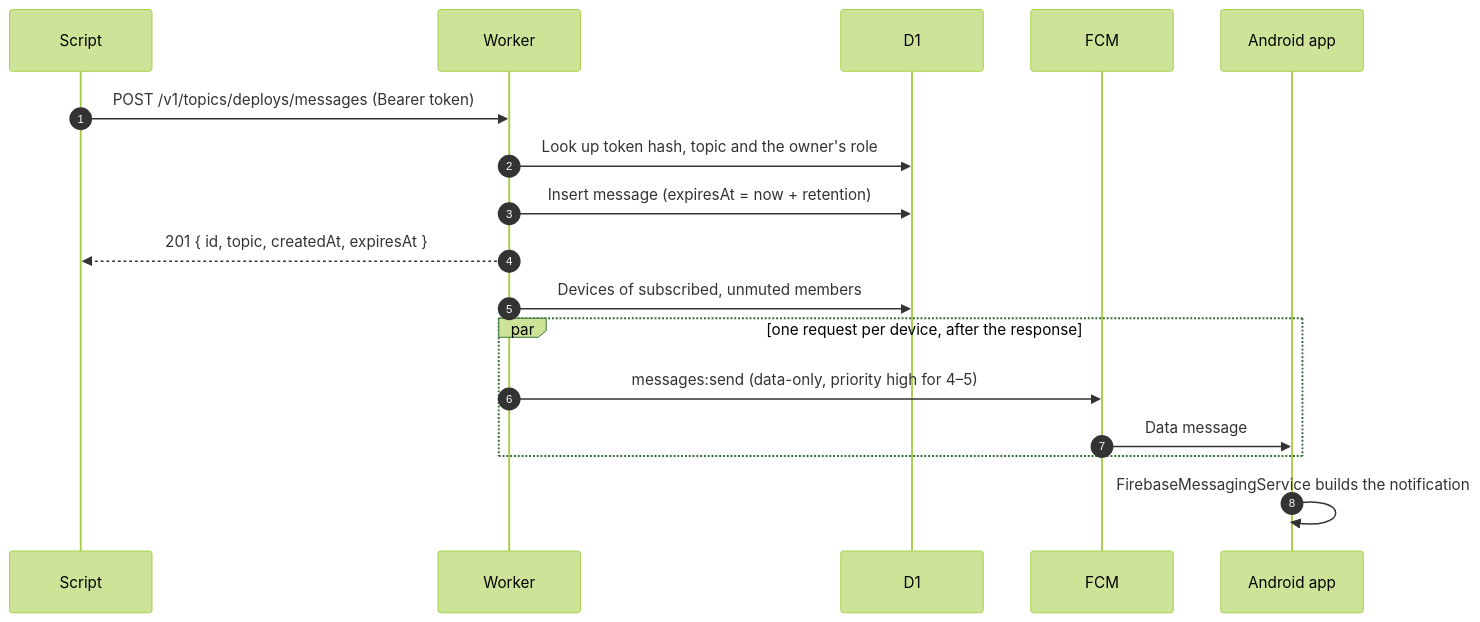
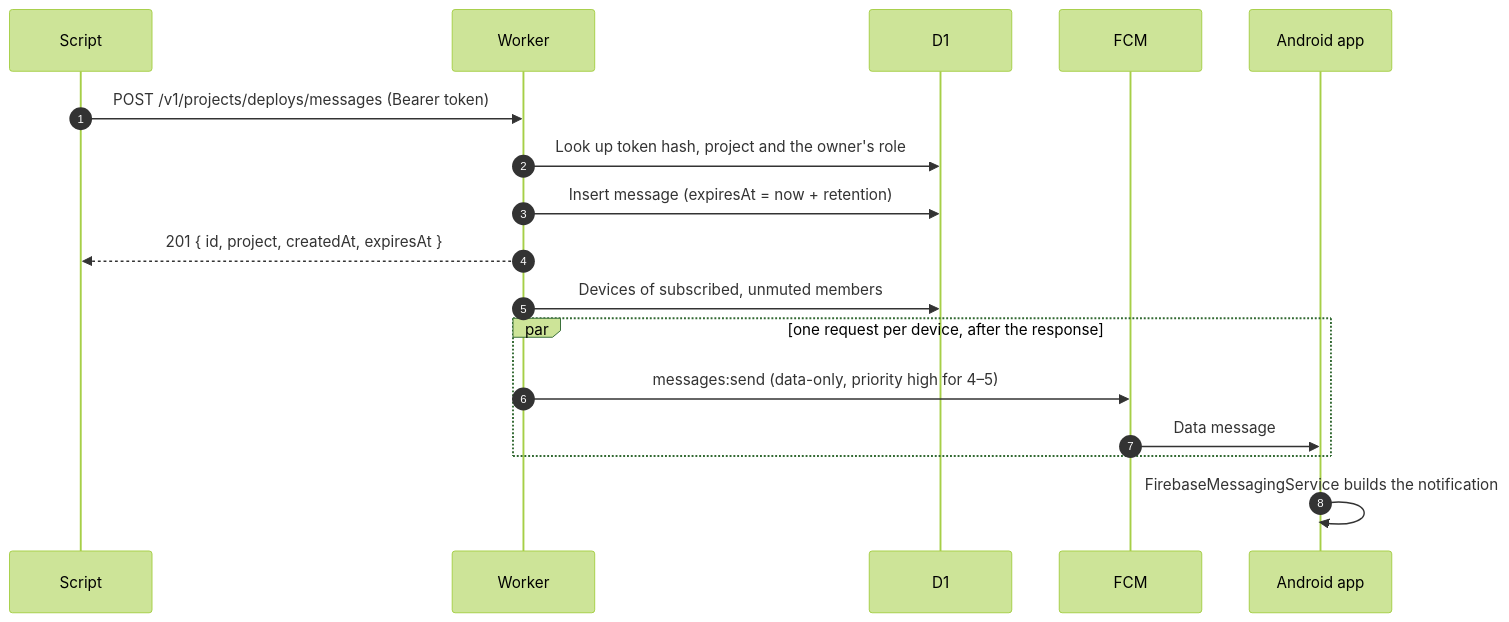
One commit to BRTZL/pocket-notifier changed the first of 3 diagrams in apps/fumadocs/content/docs/architecture/overview.mdx. Above: the diagram before and after it, drawn with Mermaid (forest theme). The commit also changed other lines of this file and 20 other files, not shown here.

First line of the commit message:
docs: say project everywhere, drop topics

````diff
--- a/apps/fumadocs/content/docs/architecture/overview.mdx
+++ b/apps/fumadocs/content/docs/architecture/overview.mdx
@@ -21,20 +21,20 @@
 ```mermaid
 sequenceDiagram
   autonumber
   participant S as Script
   participant W as Worker
   participant D as D1
   participant F as FCM
   participant P as Android app
 
-  S->>W: POST /v1/topics/deploys/messages (Bearer token)
-  W->>D: Look up token hash, topic and the owner's role
+  S->>W: POST /v1/projects/deploys/messages (Bearer token)
+  W->>D: Look up token hash, project and the owner's role
   W->>D: Insert message (expiresAt = now + retention)
-  W-->>S: 201 { id, topic, createdAt, expiresAt }
+  W-->>S: 201 { id, project, createdAt, expiresAt }
   W->>D: Devices of subscribed, unmuted members
   par one request per device, after the response
     W->>F: messages:send (data-only, priority high for 4–5)
     F->>P: Data message
   end
   P->>P: FirebaseMessagingService builds the notification
 ```
````
